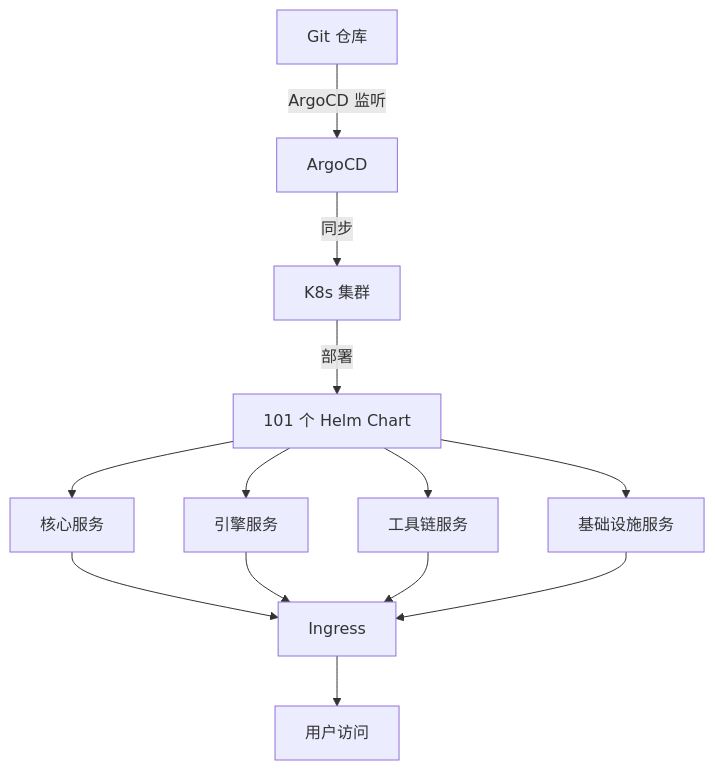
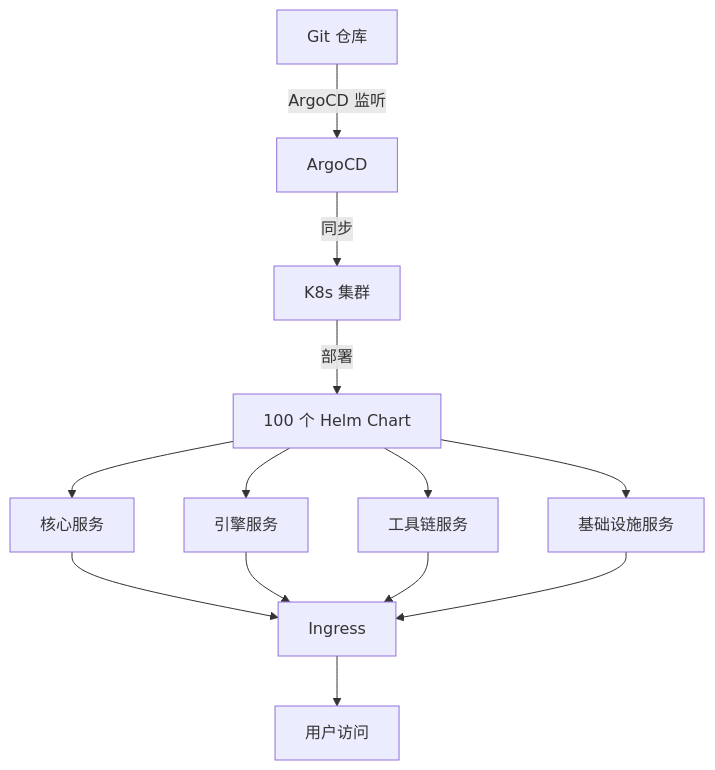
One commit to Levango7/DataEngineBDP changed the first of 2 diagrams in design/deploy/部署手册.md. Above: the diagram before and after it, drawn with Mermaid. The commit also changed 36 other files, not shown here.

Commit message:
chore(deploy): 退役 Karmada 控制面——移除 chart + umbrella 休眠依赖 + 从未执行的 E2E 腿及脚本（台账 #90 定案③延续：控制面不做/不装）

````diff
--- a/design/deploy/部署手册.md
+++ b/design/deploy/部署手册.md
@@ -32,15 +32,15 @@
 ```mermaid
 graph TD
   A[Git 仓库] -->|ArgoCD 监听| B[ArgoCD]
   B -->|同步| C[K8s 集群]
-  C -->|部署| D[101 个 Helm Chart]
+  C -->|部署| D[100 个 Helm Chart]
   D --> E[核心服务]
   D --> F[引擎服务]
   D --> G[工具链服务]
   D --> H[基础设施服务]
   E --> I[Ingress]
   F --> I
   G --> I
   H --> I
   I --> J[用户访问]
 ```
````
